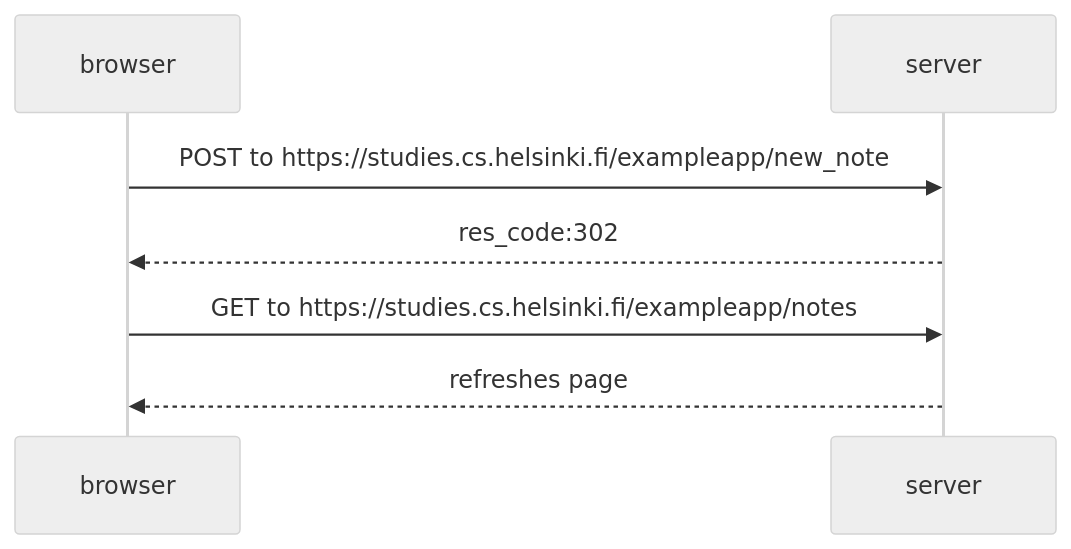
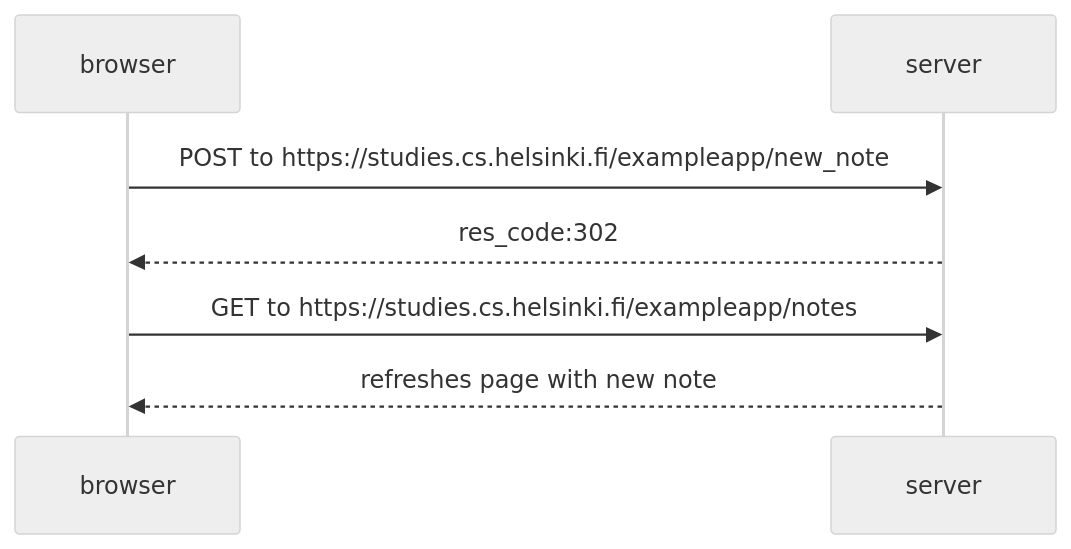
The diagram in part0/0_4.md (DanTenorio/fullstackopen), drawn with Mermaid (neutral theme) before and after one commit. The commit also changed other lines of this file, not shown here.

Commit message:
part 0_4 complete

````diff
--- a/part0/0_4.md
+++ b/part0/0_4.md
@@ -2,7 +2,7 @@
 ```mermaid
 sequenceDiagram
 	browser->>server: POST to https://studies.cs.helsinki.fi/exampleapp/new_note
 	server-->>browser: res_code:302 
 	browser->>server: GET to https://studies.cs.helsinki.fi/exampleapp/notes
-	server-->>browser: refreshes page
+	server-->>browser: refreshes page with new note
 ```
````
